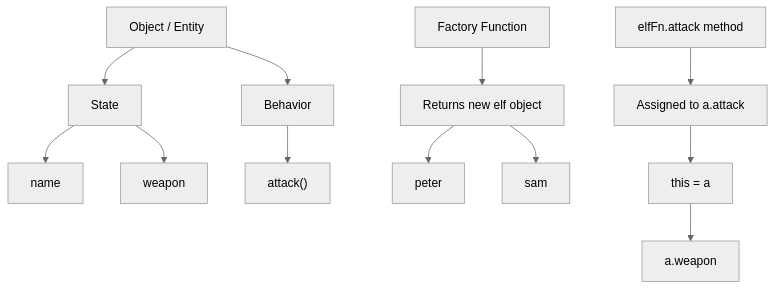
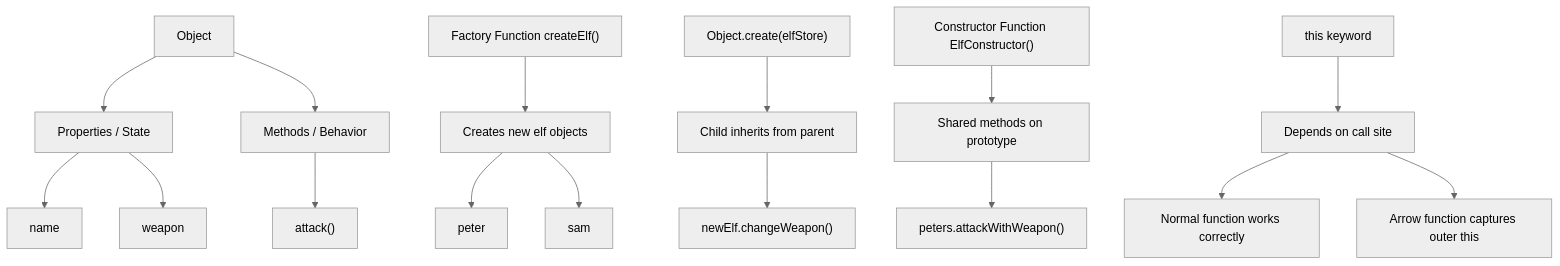
Before and after one commit to raushanapp/advance_javascript_Andre: the diagram in oops/OOP.md, drawn with Mermaid (neutral theme). The commit also changed other lines of this file and 1 other file, not shown here.

Commit message:
Enhance OOP.md and app.js with detailed explanations on encapsulation, factory functions, and inheritance; add examples for constructor functions and prototype methods

````diff
--- a/oops/OOP.md
+++ b/oops/OOP.md
@@ -136,17 +247,23 @@
 ```mermaid
 flowchart TD
-    A["Object / Entity"] --> B["State"]
-    A --> C["Behavior"]
+    A["Object"] --> B["Properties / State"]
+    A --> C["Methods / Behavior"]
 
     B --> D["name"]
     B --> E["weapon"]
     C --> F["attack()"]
 
-    G["Factory Function"] --> H["Returns new elf object"]
+    G["Factory Function createElf()"] --> H["Creates new elf objects"]
     H --> I["peter"]
     H --> J["sam"]
 
-    K["elfFn.attack method"] --> L["Assigned to a.attack"]
-    L --> M["this = a"]
-    M --> N["a.weapon"]
+    K["Object.create(elfStore)"] --> L["Child inherits from parent"]
+    L --> M["newElf.changeWeapon()"]
+
+    N["Constructor Function ElfConstructor()"] --> O["Shared methods on prototype"]
+    O --> P["peters.attackWithWeapon()"]
+
+    Q["this keyword"] --> R["Depends on call site"]
+    R --> S["Normal function works correctly"]
+    R --> T["Arrow function captures outer this"]
 ```
````
